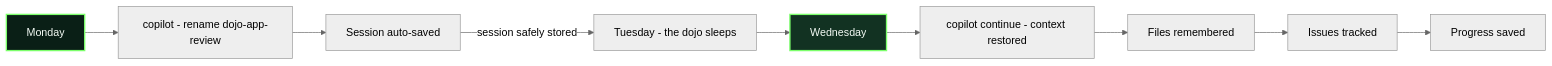
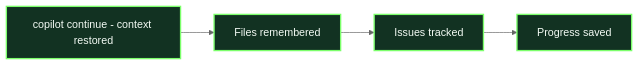
One commit to breconno/cowabunga changed the fourth of 5 diagrams in 02-context-conversations/README.md. Above: the diagram before and after it, drawn with Mermaid (neutral theme). The commit also changed other lines of this file and 1 other file, not shown here.

Commit message:
chore: update mermaid diagrams in README for improved clarity and structure

````diff
--- a/02-context-conversations/README.md
+++ b/02-context-conversations/README.md
@@ -458,14 +469,5 @@
 ```mermaid
 flowchart LR
-    T1[Monday]:::monday --> M1[copilot - rename dojo-app-review]
-    M1 --> M2[Session auto-saved]
-    M2 -->|session safely stored| Tue[Tuesday - the dojo sleeps]
-    Tue --> T2[Wednesday]:::wednesday
-    T2 --> W1[copilot continue - context restored]
-    W1 --> W2[Files remembered]
-    W2 --> W3[Issues tracked]
-    W3 --> W4[Progress saved]
-
-    classDef monday fill:#0a1f16,color:#f4fbf5,stroke:#7cff6b,stroke-width:2px
+    W1[copilot continue - context restored]:::wednesday --> W2[Files remembered]:::wednesday --> W3[Issues tracked]:::wednesday --> W4[Progress saved]:::wednesday
     classDef wednesday fill:#123222,color:#f4fbf5,stroke:#7cff6b,stroke-width:2px
 ```
````
